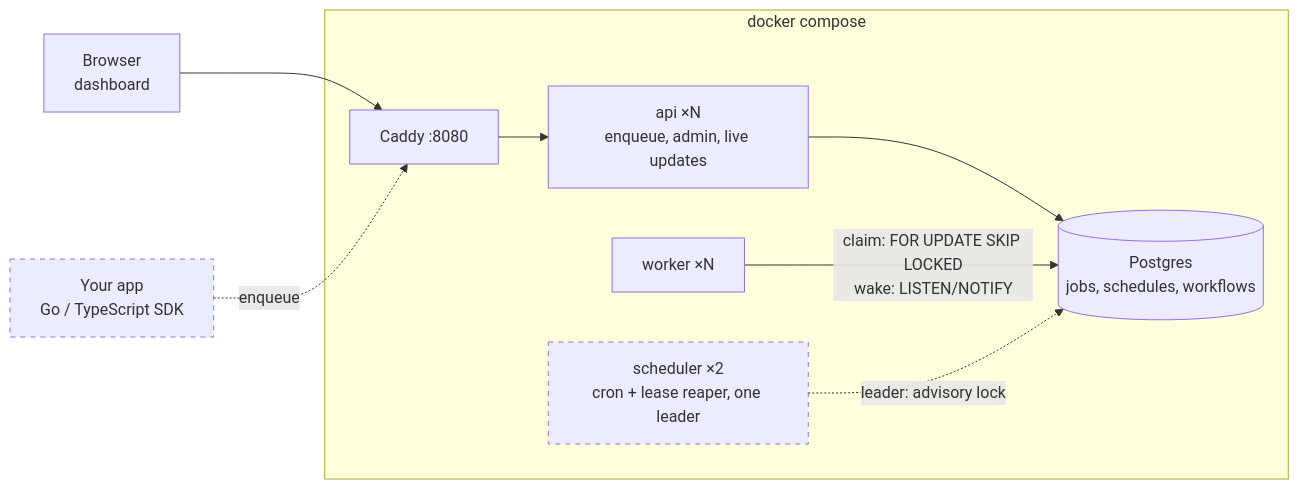
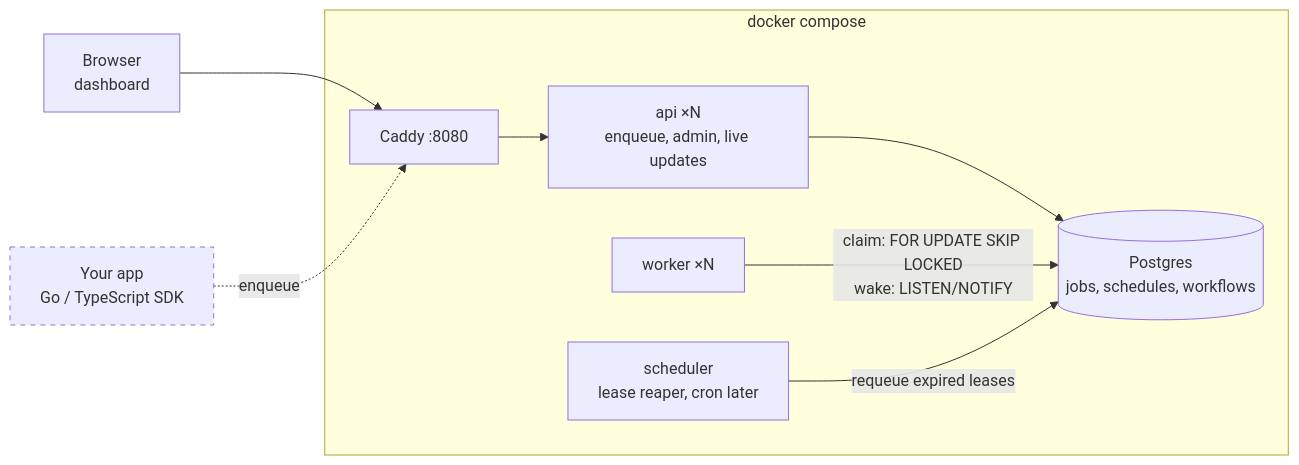
Before and after one commit to gonzalo-gigena/job-queue: the diagram in README.md, drawn with Mermaid. The commit also changed other lines of this file and 12 other files, not shown here.

````diff
--- a/README.md
+++ b/README.md
@@ -67,20 +103,20 @@
 ```mermaid
 flowchart LR
   browser["Browser<br/>dashboard"]
   app["Your app<br/>Go / TypeScript SDK"]
   subgraph stack["docker compose"]
     caddy["Caddy :8080"]
     api["api ×N<br/>enqueue, admin, live updates"]
     worker["worker ×N"]
-    sched["scheduler ×2<br/>cron + lease reaper, one leader"]
+    sched["scheduler<br/>lease reaper, cron later"]
     db[("Postgres<br/>jobs, schedules, workflows")]
   end
   browser --> caddy
   app -.->|"enqueue"| caddy
   caddy --> api
   api --> db
   worker -->|"claim: FOR UPDATE SKIP LOCKED<br/>wake: LISTEN/NOTIFY"| db
-  sched -.->|"leader: advisory lock"| db
-  class app,sched planned
+  sched -->|"requeue expired leases"| db
+  class app planned
   classDef planned stroke-dasharray: 5 5
 ```
````
